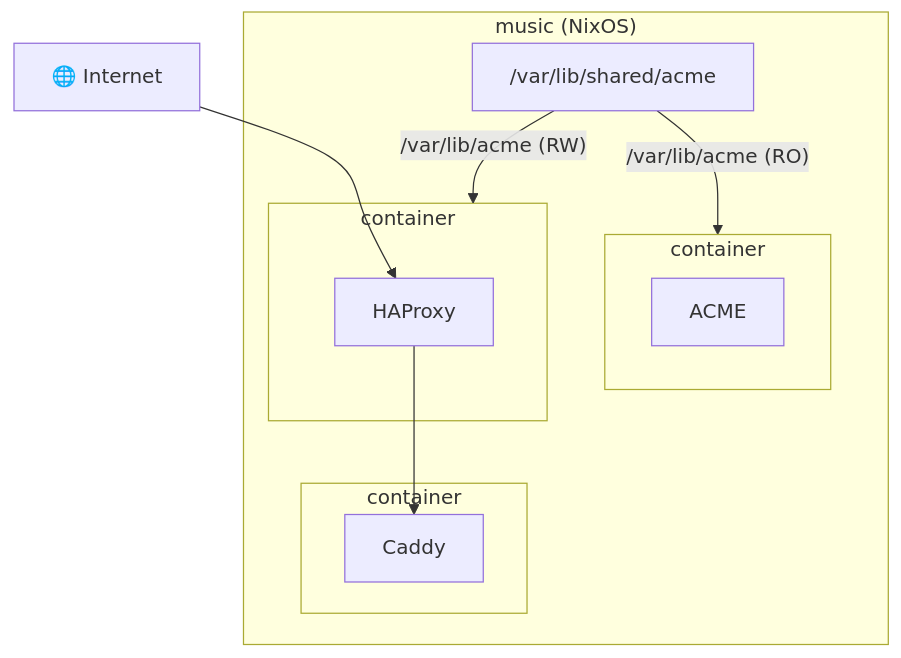
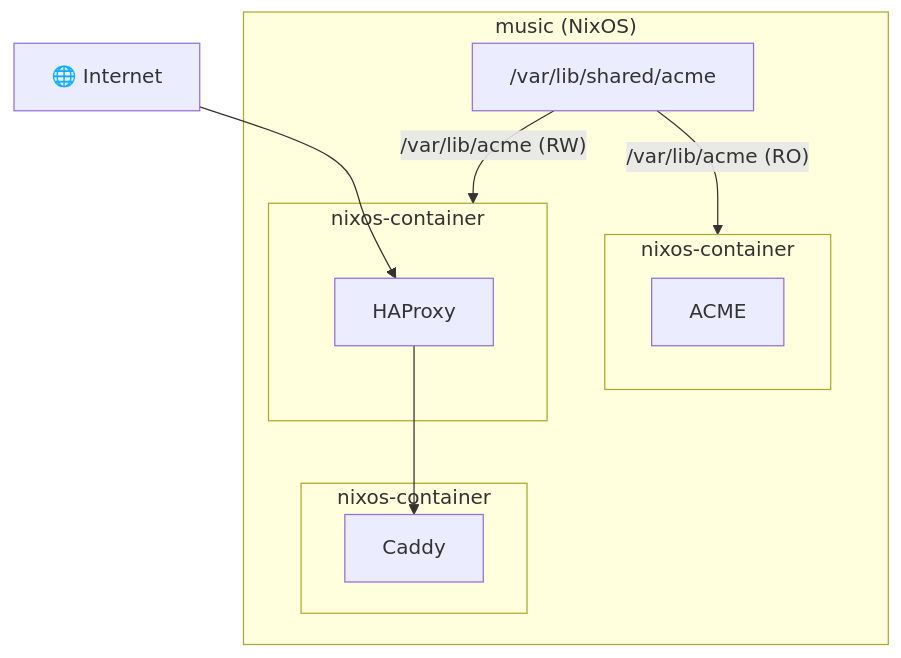
The diagram in music.mermaid (jtremesay/infra), drawn with Mermaid before and after one commit. The commit also changed 1 other file, not shown here.

```diff
--- a/music.mermaid
+++ b/music.mermaid
@@ -1,24 +1,24 @@
 graph TB
     internet["🌐 Internet"]
 
     subgraph music["music (NixOS)"]
-        subgraph music_acme["container"]
+        subgraph music_acme["nixos-container"]
             music_acme_acme["ACME"]
         end
 
-        subgraph music_haproxy["container"]
+        subgraph music_haproxy["nixos-container"]
             music_haproxy_haproxy["HAProxy"]
         end
 
-        subgraph music_caddy["container"]
+        subgraph music_caddy["nixos-container"]
             music_caddy_caddy["Caddy"]
         end
 
         music_certificates["/var/lib/shared/acme"]
     end
 
     internet --> music_haproxy_haproxy
 
     music_certificates -->|"/var/lib/acme (RW)"| music_haproxy
     music_certificates -->|"/var/lib/acme (RO)"| music_acme
     music_haproxy_haproxy --> music_caddy_caddy
```
